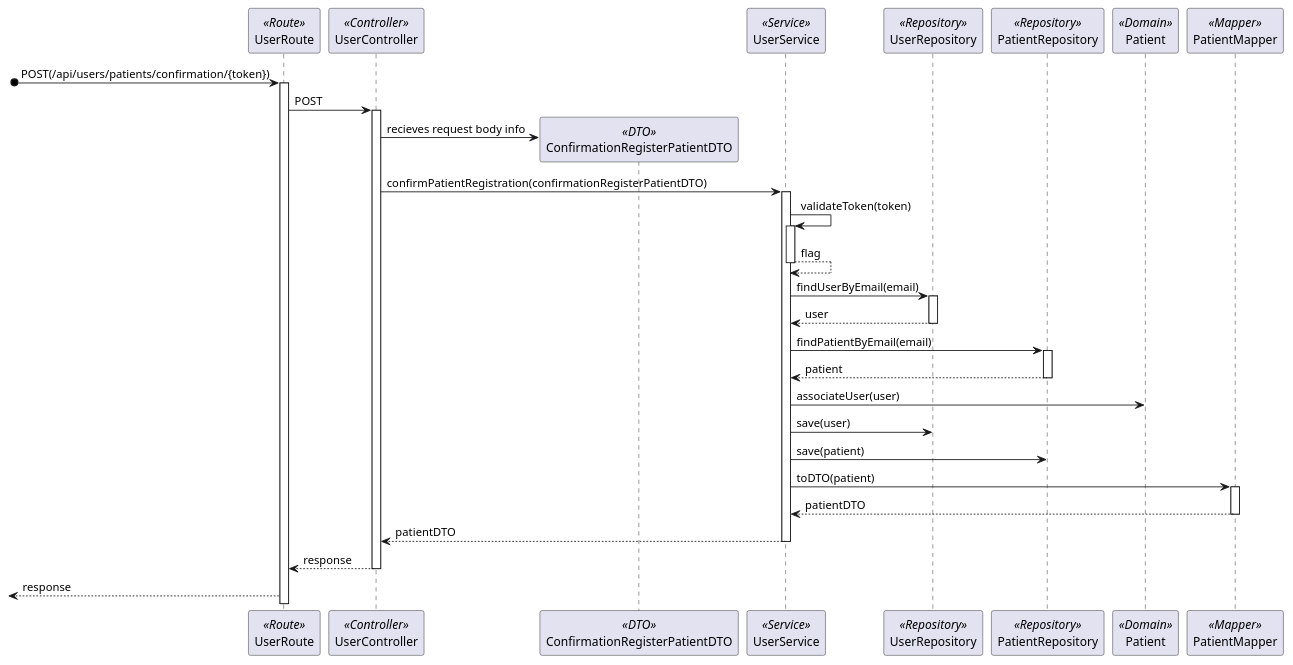
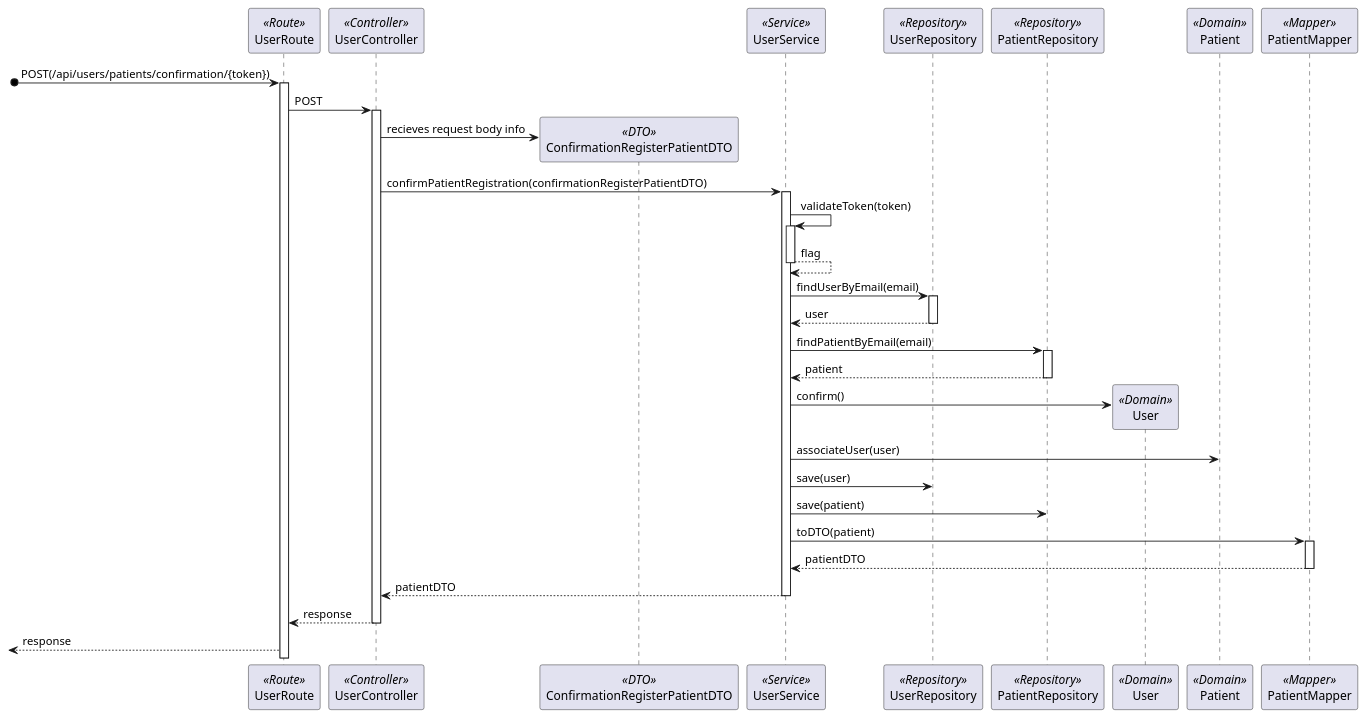
The diagram in docs/Sprint_1/US_5.1.3/L3/Process_View_Posterior_Confirmation.puml (Rodrick0209/ISEP-SEM5PI-24-25), drawn with PlantUML before and after one commit. The commit also changed 1 other file, not shown here.

Commit message:
US 5.1.3 Design (Fixed Level 3 Posterior Confirmation Process View Diagram) #4

```diff
--- a/docs/Sprint_1/US_5.1.3/L3/Process_View_Posterior_Confirmation.puml
+++ b/docs/Sprint_1/US_5.1.3/L3/Process_View_Posterior_Confirmation.puml
@@ -2,37 +2,39 @@
 @startuml Process_View_Posterior_Confirmation
 participant UserRoute as Route <<Route>>
 participant UserController as Controller <<Controller>>
 participant ConfirmationRegisterPatientDTO as ConfirmationDTO <<DTO>>
 participant UserService as Service <<Service>>
 participant UserRepository as Repository <<Repository>>
 participant PatientRepository as PatientRepository <<Repository>> 
+participant User as Domain <<Domain>>
 participant Patient as Patient <<Domain>>
 participant PatientMapper as Mapper <<Mapper>>
 [o-> Route : POST(/api/users/patients/confirmation/{token})
 activate Route
 Route -> Controller : POST
 activate Controller
 Controller -> ConfirmationDTO** : recieves request body info
 Controller -> Service : confirmPatientRegistration(confirmationRegisterPatientDTO)
 activate Service
 Service -> Service : validateToken(token)
 activate Service
 return flag
 Service -> Repository : findUserByEmail(email)
 activate Repository
 return user 
 Service -> PatientRepository : findPatientByEmail(email)
 activate PatientRepository
 return patient
+Service -> Domain** : confirm()
 Service -> Patient : associateUser(user)
 Service -> Repository : save(user)
 Service -> PatientRepository : save(patient)
 Service -> Mapper : toDTO(patient)
 activate Mapper
 return patientDTO
 Service --> Controller : patientDTO
 deactivate Service
 Controller --> Route : response
 deactivate Controller
 <-- Route : response
 @enduml
```
